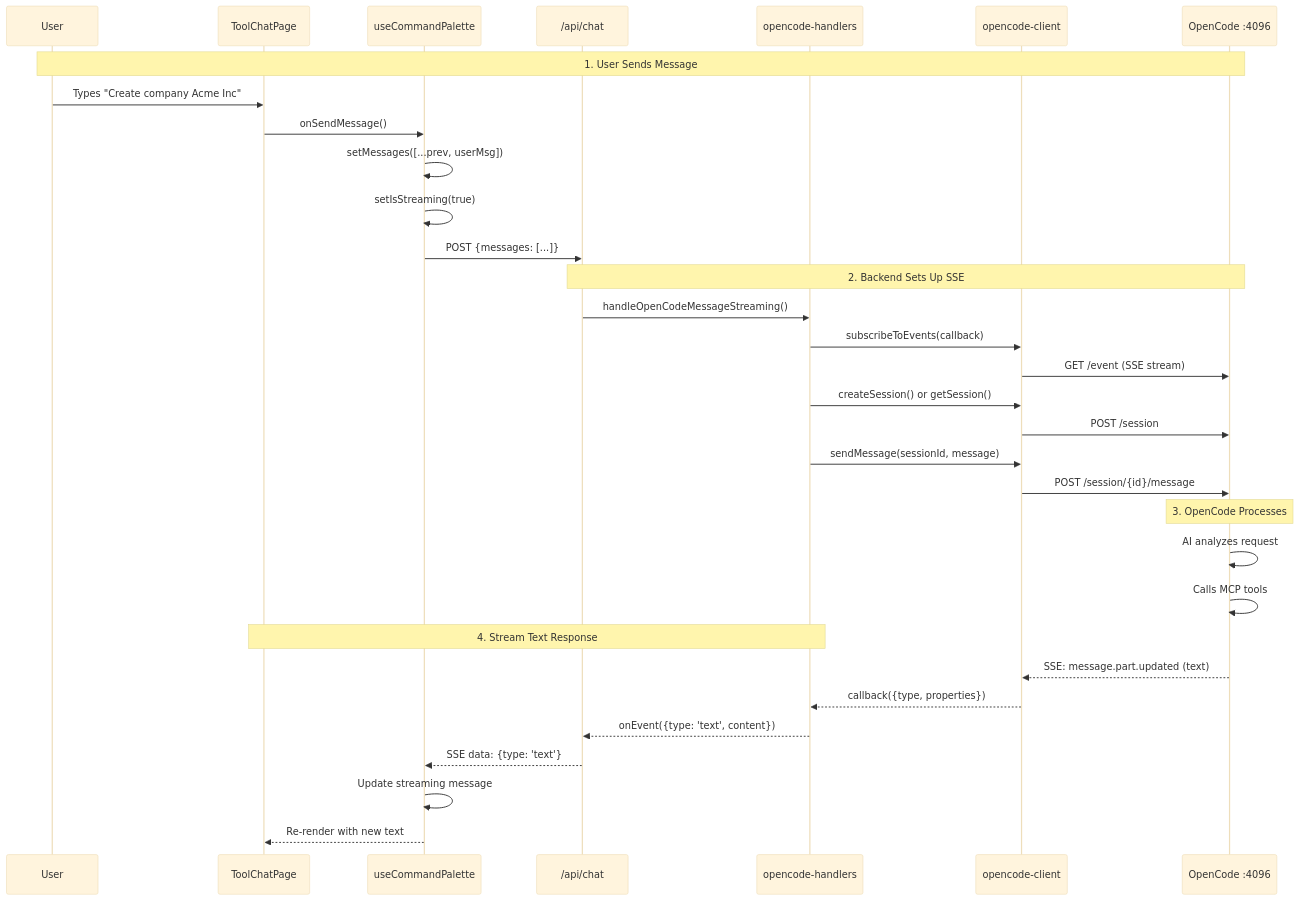
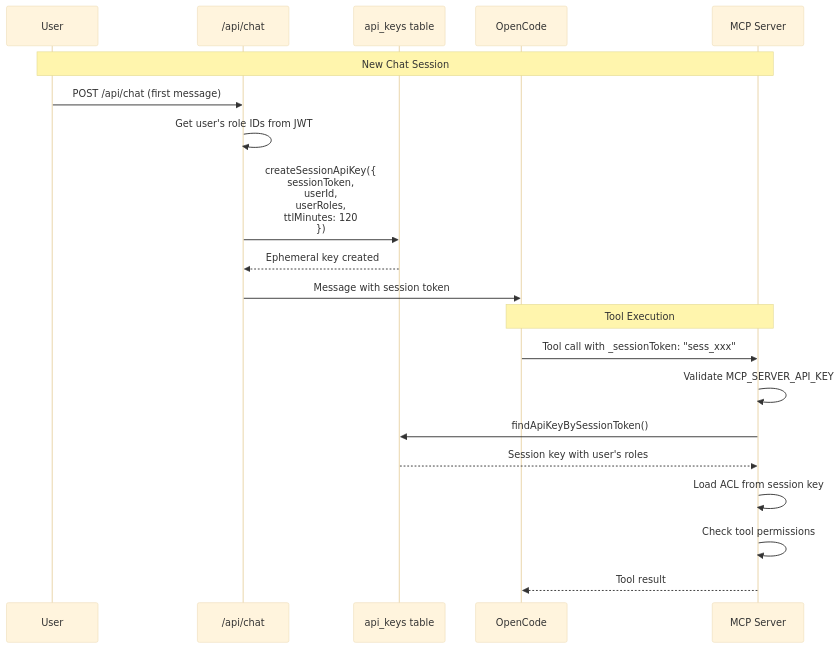
The fourth of 7 diagrams in packages/ai-assistant/README.md (open-mercato/open-mercato), drawn with Mermaid (base theme) before and after one commit. The commit also changed other lines of this file, not shown here.

Commit message:
docs(ai-assistant): update README with current architecture and diagrams

````diff
--- a/packages/ai-assistant/README.md
+++ b/packages/ai-assistant/README.md
@@ -544,38 +131,24 @@
 ```mermaid
 sequenceDiagram
-    participant U as User
-    participant UI as ToolChatPage
-    participant Hook as useCommandPalette
+    participant User
     participant API as /api/chat
-    participant H as opencode-handlers
-    participant C as opencode-client
-    participant OC as OpenCode :4096
+    participant DB as api_keys table
+    participant OC as OpenCode
+    participant MCP as MCP Server
 
-    Note over U,OC: 1. User Sends Message
-    U->>UI: Types "Create company Acme Inc"
-    UI->>Hook: onSendMessage()
-    Hook->>Hook: setMessages([...prev, userMsg])
-    Hook->>Hook: setIsStreaming(true)
-    Hook->>API: POST {messages: [...]}
+    Note over User,MCP: New Chat Session
+    User->>API: POST /api/chat (first message)
+    API->>API: Get user's role IDs from JWT
+    API->>DB: createSessionApiKey({<br/>sessionToken,<br/>userId,<br/>userRoles,<br/>ttlMinutes: 120<br/>})
+    DB-->>API: Ephemeral key created
+    API->>OC: Message with session token
 
-    Note over API,OC: 2. Backend Sets Up SSE
-    API->>H: handleOpenCodeMessageStreaming()
-    H->>C: subscribeToEvents(callback)
-    C->>OC: GET /event (SSE stream)
-    H->>C: createSession() or getSession()
-    C->>OC: POST /session
-    H->>C: sendMessage(sessionId, message)
-    C->>OC: POST /session/{id}/message
-
-    Note over OC: 3. OpenCode Processes
-    OC->>OC: AI analyzes request
-    OC->>OC: Calls MCP tools
-
-    Note over H,UI: 4. Stream Text Response
-    OC-->>C: SSE: message.part.updated (text)
-    C-->>H: callback({type, properties})
-    H-->>API: onEvent({type: 'text', content})
-    API-->>Hook: SSE data: {type: 'text'}
-    Hook->>Hook: Update streaming message
-    Hook-->>UI: Re-render with new text
+    Note over OC,MCP: Tool Execution
+    OC->>MCP: Tool call with _sessionToken: "sess_xxx"
+    MCP->>MCP: Validate MCP_SERVER_API_KEY
+    MCP->>DB: findApiKeyBySessionToken()
+    DB-->>MCP: Session key with user's roles
+    MCP->>MCP: Load ACL from session key
+    MCP->>MCP: Check tool permissions
+    MCP-->>OC: Tool result
 ```
````
